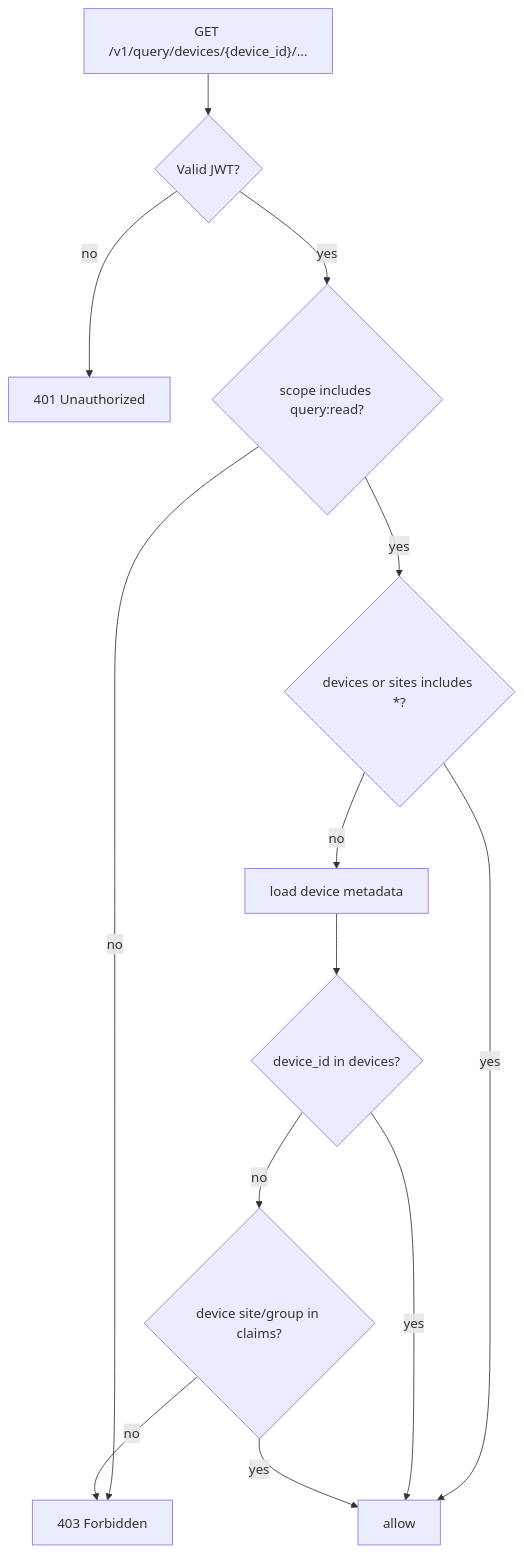
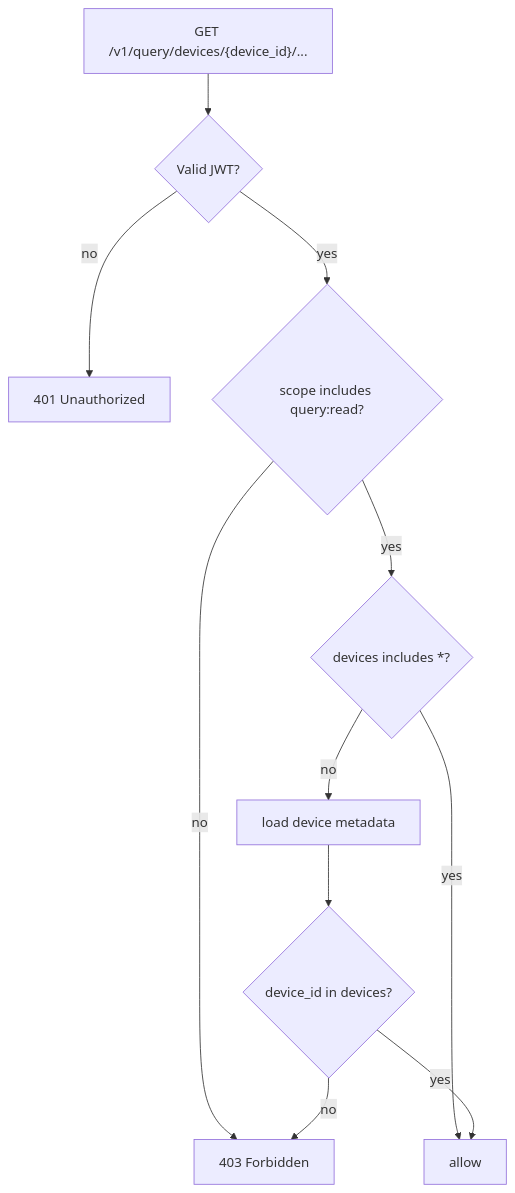
One commit to donghoonpark/aetus changed the ninth of 10 diagrams in docs/08-query-api-and-frontend.md. Above: the diagram before and after it, drawn with Mermaid. The commit also changed other lines of this file and 15 other files, not shown here.

````diff
--- a/docs/08-query-api-and-frontend.md
+++ b/docs/08-query-api-and-frontend.md
@@ -712,15 +735,13 @@
 ```mermaid
 flowchart TD
     Req["GET /v1/query/devices/{device_id}/..."] --> Auth{"Valid JWT?"}
     Auth -- "no" --> R401["401 Unauthorized"]
     Auth -- "yes" --> Scope{"scope includes query:read?"}
     Scope -- "no" --> R403["403 Forbidden"]
-    Scope -- "yes" --> All{"devices or sites includes *?"}
+    Scope -- "yes" --> All{"devices includes *?"}
     All -- "yes" --> Allow["allow"]
     All -- "no" --> Meta["load device metadata"]
     Meta --> Device{"device_id in devices?"}
     Device -- "yes" --> Allow
-    Device -- "no" --> Site{"device site/group in claims?"}
-    Site -- "yes" --> Allow
-    Site -- "no" --> R403
+    Device -- "no" --> R403
 ```
````
